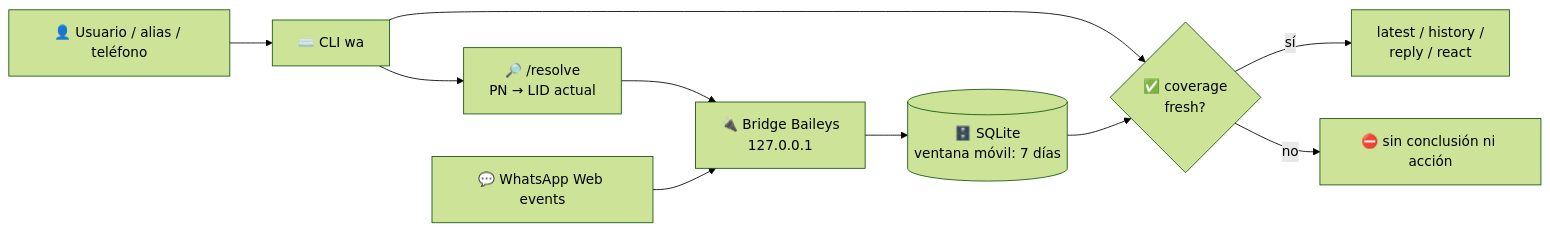
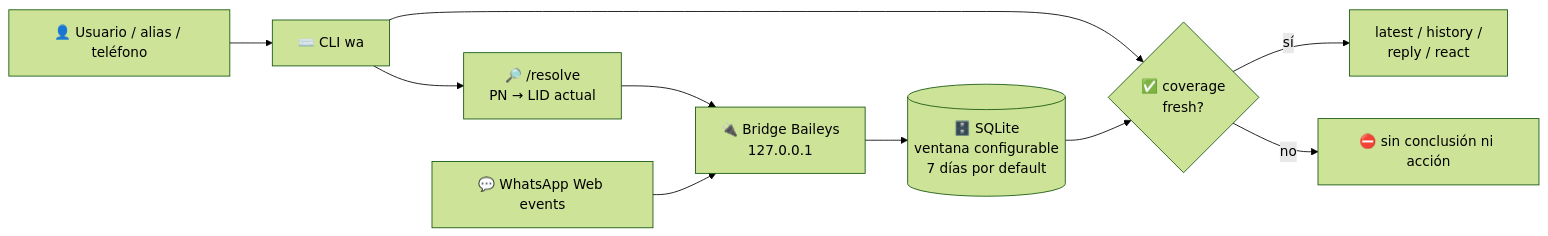
One commit to diegomarvid/whatsapp-assistant changed the diagram in README.md. Above: the diagram before and after it, drawn with Mermaid (forest theme). The commit also changed other lines of this file and 12 other files, not shown here.

````diff
--- a/README.md
+++ b/README.md
@@ -432,12 +466,12 @@
 ```mermaid
 flowchart LR
   U["👤 Usuario / alias / teléfono"] --> C["⌨️ CLI wa"]
   C --> R["🔎 /resolve\nPN → LID actual"]
   R --> B["🔌 Bridge Baileys\n127.0.0.1"]
-  B --> M[("🗄️ SQLite\nventana móvil: 7 días")]
+  B --> M[("🗄️ SQLite\nventana configurable\n7 días por default")]
   W["💬 WhatsApp Web events"] --> B
   C --> V{"✅ coverage\nfresh?"}
   M --> V
   V -->|"sí"| Q["latest / history /\nreply / react"]
   V -->|"no"| S["⛔ sin conclusión ni acción"]
 ```
````
